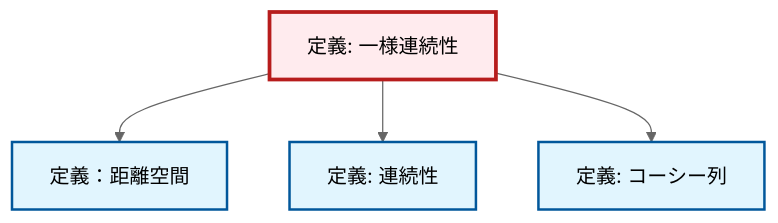
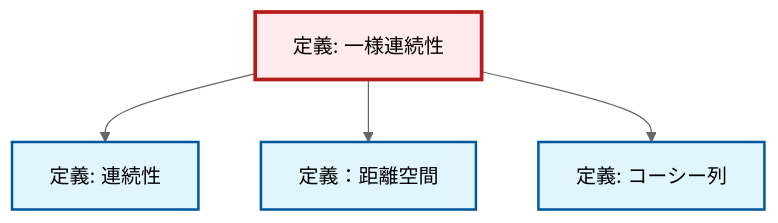
Before and after one commit to RK0429/ModernMath: the diagram in content/ja/analysis/def-uniform-continuity.qmd, drawn with Mermaid (neutral theme). The commit also changed other lines of this file and 1012 other files, not shown here.

````diff
--- a/content/ja/analysis/def-uniform-continuity.qmd
+++ b/content/ja/analysis/def-uniform-continuity.qmd
@@ -70,20 +70,20 @@
 ```{mermaid}
 %%| fig-cap: "Local dependency graph"
 graph TD
     classDef definition fill:#e1f5fe,stroke:#01579b,stroke-width:2px
     classDef theorem fill:#f3e5f5,stroke:#4a148c,stroke-width:2px
     classDef axiom fill:#fff3e0,stroke:#e65100,stroke-width:2px
     classDef example fill:#e8f5e9,stroke:#1b5e20,stroke-width:2px
     classDef current fill:#ffebee,stroke:#b71c1c,stroke-width:3px
+    def-continuity["定義: 連続性"]:::definition
+    def-uniform-continuity["定義: 一様連続性"]:::definition
     def-metric-space["定義：距離空間"]:::definition
     def-cauchy-sequence["定義: コーシー列"]:::definition
-    def-uniform-continuity["定義: 一様連続性"]:::definition
-    def-continuity["定義: 連続性"]:::definition
+    def-uniform-continuity --> def-continuity
     def-uniform-continuity --> def-metric-space
-    def-uniform-continuity --> def-continuity
     def-uniform-continuity --> def-cauchy-sequence
     class def-uniform-continuity current
+    click def-continuity "def-continuity.html" "連続性の定義へ"
     click def-metric-space "def-metric-space.html" "定義：距離空間へ"
     click def-cauchy-sequence "def-cauchy-sequence.html" "コーシー列の定義へ"
-    click def-continuity "def-continuity.html" "連続性の定義へ"
 ```
````
